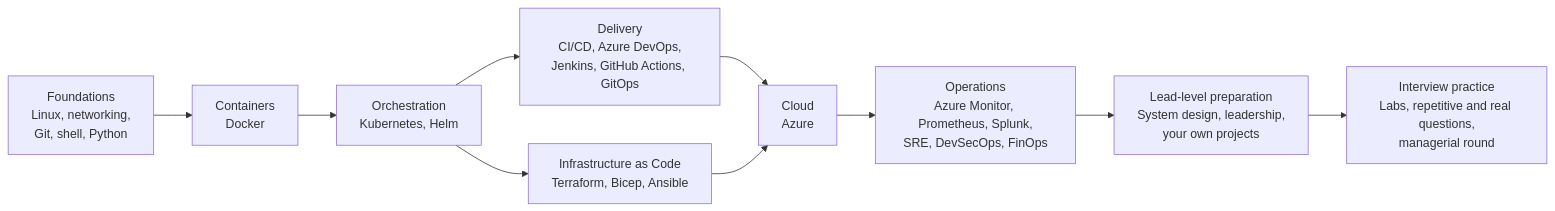
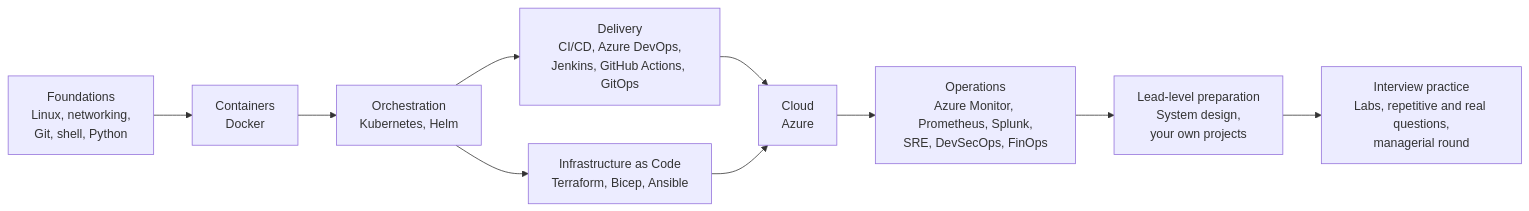
Before and after one commit to SivaKumarMahan/interview-questions: the first of 3 diagrams in README.md, drawn with Mermaid. The commit also changed other lines of this file and 13 other files, not shown here.

````diff
--- a/README.md
+++ b/README.md
@@ -85,12 +85,12 @@
 ```mermaid
 flowchart LR
     A["Foundations<br/>Linux, networking,<br/>Git, shell, Python"] --> B["Containers<br/>Docker"]
     B --> C["Orchestration<br/>Kubernetes, Helm"]
     C --> D["Delivery<br/>CI/CD, Azure DevOps,<br/>Jenkins, GitHub Actions, GitOps"]
     C --> E["Infrastructure as Code<br/>Terraform, Bicep, Ansible"]
     D --> F["Cloud<br/>Azure"]
     E --> F
     F --> G["Operations<br/>Azure Monitor, Prometheus, Splunk,<br/>SRE, DevSecOps, FinOps"]
-    G --> L["Lead-level preparation<br/>System design, leadership,<br/>your own projects"]
+    G --> L["Lead-level preparation<br/>System design,<br/>your own projects"]
     L --> H["Interview practice<br/>Labs, repetitive and real questions,<br/>managerial round"]
 ```
````
